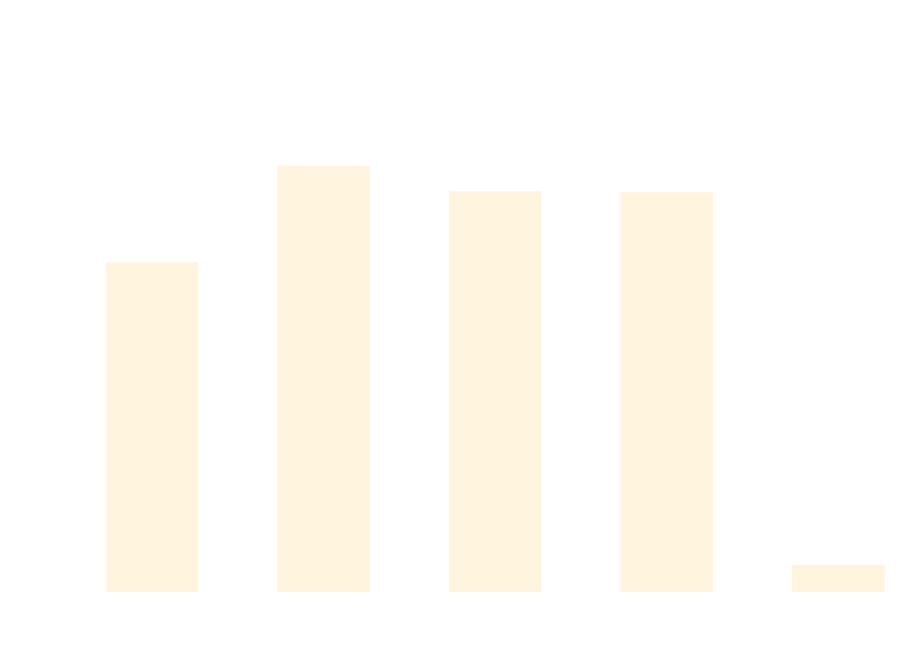
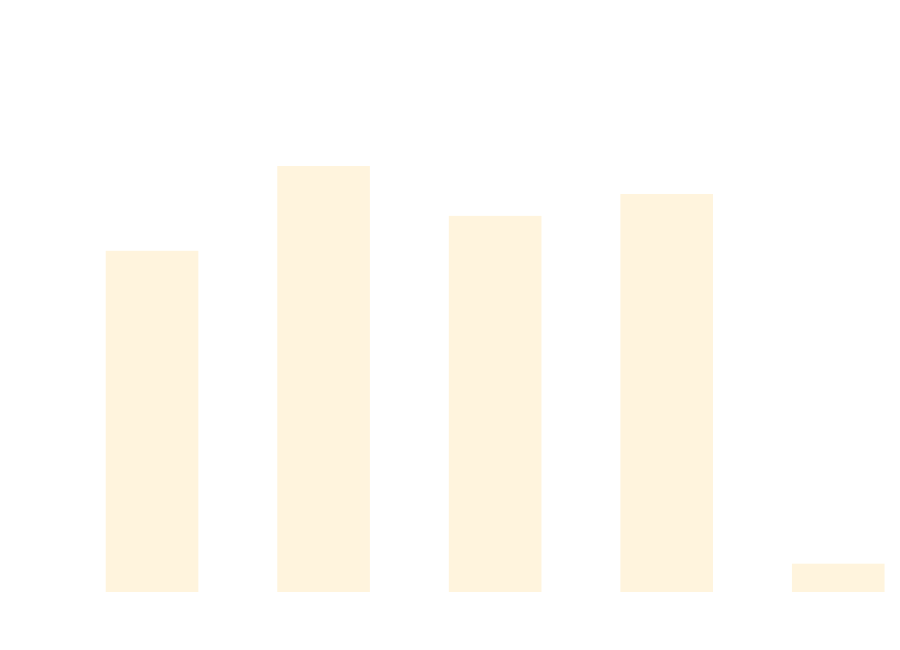
Before and after one commit to thomhurst/TUnit: the diagram in docs/docs/benchmarks/DataDrivenTests.md, drawn with Mermaid. The commit also changed other lines of this file and 17 other files, not shown here.

````diff
--- a/docs/docs/benchmarks/DataDrivenTests.md
+++ b/docs/docs/benchmarks/DataDrivenTests.md
@@ -27,37 +27,37 @@
 ```mermaid
 %%{init: {
   'theme':'base',
   'themeVariables': {
     'primaryColor': '#2563eb',
     'primaryTextColor': '#ffffff',
     'primaryBorderColor': '#1e40af',
     'lineColor': '#6b7280',
     'secondaryColor': '#7c3aed',
     'tertiaryColor': '#dc2626',
     'background': '#ffffff',
     'mainBkg': '#2563eb',
     'secondBkg': '#7c3aed',
     'tertiaryBkg': '#dc2626',
     'clusterBkg': '#f3f4f6',
     'edgeLabelBackground': '#ffffff',
     'tertiaryTextColor': '#1f2937',
     'pie1': '#2563eb',
     'pie2': '#7c3aed',
     'pie3': '#dc2626',
     'pie4': '#f59e0b',
     'pie5': '#10b981',
     'pie6': '#06b6d4',
     'pie7': '#ec4899',
     'pie8': '#6366f1',
     'pie9': '#84cc16',
     'pie10': '#f97316',
     'pie11': '#14b8a6',
     'pie12': '#a855f7'
   }
 }}%%
 xychart-beta
   title "DataDrivenTests Performance Comparison"
   x-axis ["TUnit", "NUnit", "MSTest", "xUnit3", "TUnit_AOT"]
-  y-axis "Time (ms)" 0 --> 788
-  bar [503.33, 656.11, 615.85, 614.48, 24.41]
+  y-axis "Time (ms)" 0 --> 799
+  bar [528.92, 665.13, 584.99, 620.1, 26.41]
 ```
````
